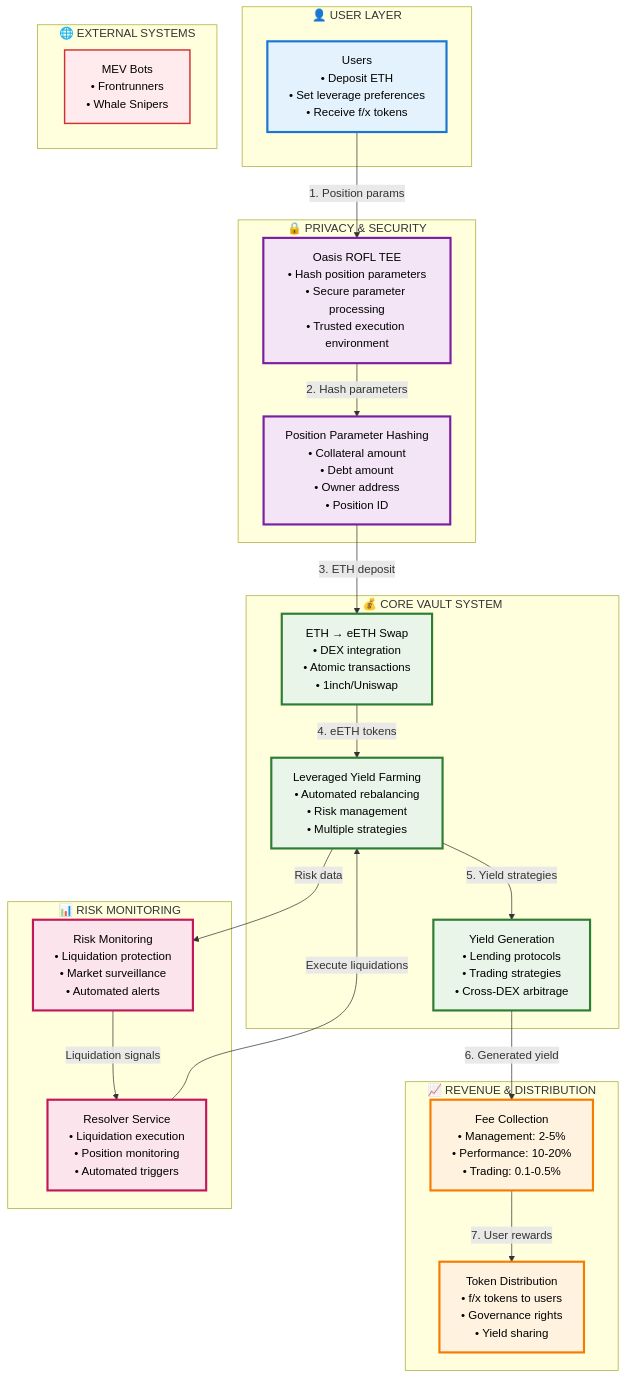
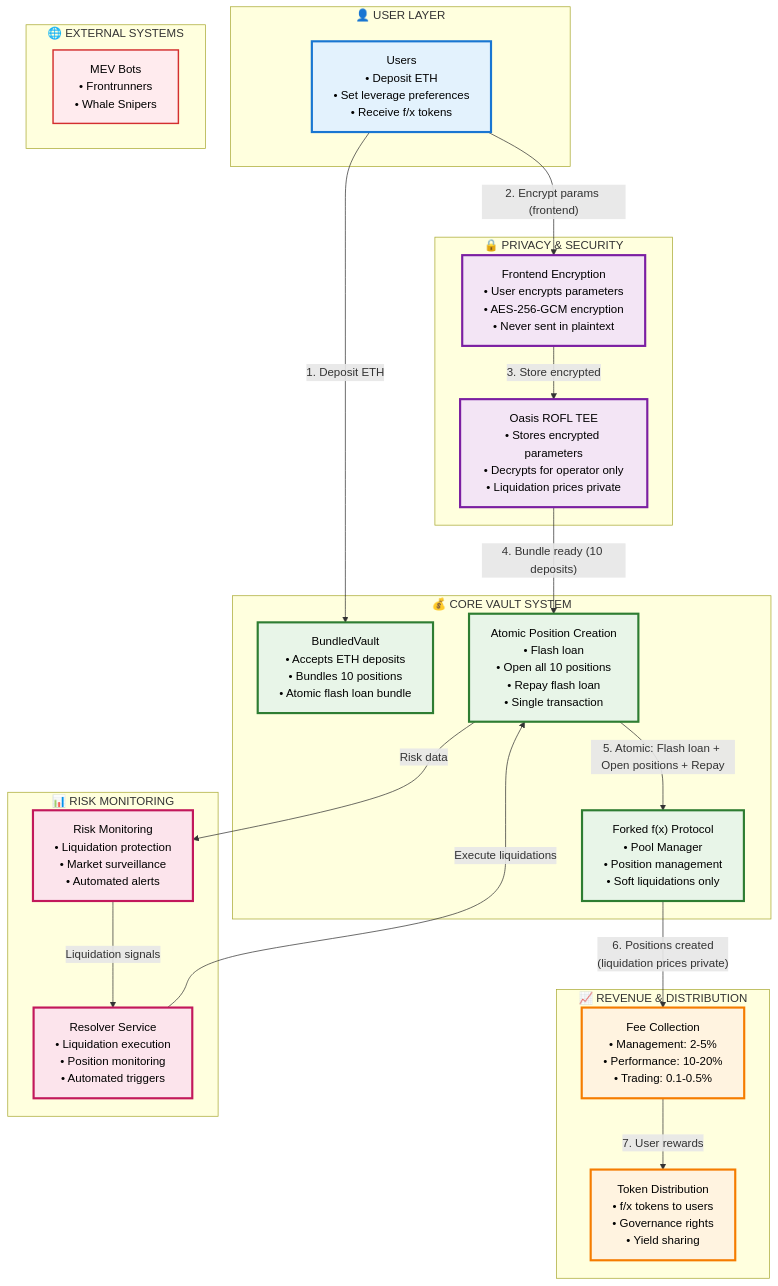
The first of 5 diagrams in mermaid/shadow-splitter-v2.md (arseneeth/shayd), drawn with Mermaid before and after one commit. The commit also changed other lines of this file and 22 other files, not shown here.

````diff
--- a/mermaid/shadow-splitter-v2.md
+++ b/mermaid/shadow-splitter-v2.md
@@ -5,60 +5,60 @@
 ```mermaid
 graph TB
     subgraph USER["👤 USER LAYER"]
         A["Users<br/>• Deposit ETH<br/>• Set leverage preferences<br/>• Receive f/x tokens"]
     end
     
     subgraph PRIVACY["🔒 PRIVACY & SECURITY"]
-        B["Oasis ROFL TEE<br/>• Hash position parameters<br/>• Secure parameter processing<br/>• Trusted execution environment"]
-        C["Position Parameter Hashing<br/>• Collateral amount<br/>• Debt amount<br/>• Owner address<br/>• Position ID"]
+        B["Frontend Encryption<br/>• User encrypts parameters<br/>• AES-256-GCM encryption<br/>• Never sent in plaintext"]
+        C["Oasis ROFL TEE<br/>• Stores encrypted parameters<br/>• Decrypts for operator only<br/>• Liquidation prices private"]
     end
     
     subgraph CORE["💰 CORE VAULT SYSTEM"]
-        D["ETH → eETH Swap<br/>• DEX integration<br/>• Atomic transactions<br/>• 1inch/Uniswap"]
-        E["Leveraged Yield Farming<br/>• Automated rebalancing<br/>• Risk management<br/>• Multiple strategies"]
-        F["Yield Generation<br/>• Lending protocols<br/>• Trading strategies<br/>• Cross-DEX arbitrage"]
+        D["BundledVault<br/>• Accepts ETH deposits<br/>• Bundles 10 positions<br/>• Atomic flash loan bundle"]
+        E["Atomic Position Creation<br/>• Flash loan<br/>• Open all 10 positions<br/>• Repay flash loan<br/>• Single transaction"]
+        F["Forked f(x) Protocol<br/>• Pool Manager<br/>• Position management<br/>• Soft liquidations only"]
     end
     
     subgraph REVENUE["📈 REVENUE & DISTRIBUTION"]
         G["Fee Collection<br/>• Management: 2-5%<br/>• Performance: 10-20%<br/>• Trading: 0.1-0.5%"]
         H["Token Distribution<br/>• f/x tokens to users<br/>• Governance rights<br/>• Yield sharing"]
     end
     
     subgraph MONITORING["📊 RISK MONITORING"]
         I["Risk Monitoring<br/>• Liquidation protection<br/>• Market surveillance<br/>• Automated alerts"]
         R["Resolver Service<br/>• Liquidation execution<br/>• Position monitoring<br/>• Automated triggers"]
     end
     
     subgraph EXTERNAL["🌐 EXTERNAL SYSTEMS"]
         K["MEV Bots<br/>• Frontrunners<br/>• Whale Snipers"]
     end
     
     %% Main flow
-    A -->|"1. Position params"| B
-    B -->|"2. Hash parameters"| C
-    C -->|"3. ETH deposit"| D
-    D -->|"4. eETH tokens"| E
-    E -->|"5. Yield strategies"| F
-    F -->|"6. Generated yield"| G
+    A -->|"1. Deposit ETH"| D
+    A -->|"2. Encrypt params (frontend)"| B
+    B -->|"3. Store encrypted"| C
+    C -->|"4. Bundle ready (10 deposits)"| E
+    E -->|"5. Atomic: Flash loan + Open positions + Repay"| F
+    F -->|"6. Positions created<br/>(liquidation prices private)"| G
     G -->|"7. User rewards"| H
     
     %% Risk management loop
     E -->|"Risk data"| I
     I -->|"Liquidation signals"| R
     R -->|"Execute liquidations"| E
     
     %% Styling
     classDef userStyle fill:#e3f2fd,stroke:#1976d2,stroke-width:3px,color:#000
     classDef privacyStyle fill:#f3e5f5,stroke:#7b1fa2,stroke-width:3px,color:#000
     classDef coreStyle fill:#e8f5e8,stroke:#2e7d32,stroke-width:3px,color:#000
     classDef revenueStyle fill:#fff3e0,stroke:#f57c00,stroke-width:3px,color:#000
     classDef monitoringStyle fill:#fce4ec,stroke:#c2185b,stroke-width:3px,color:#000
     classDef externalStyle fill:#ffebee,stroke:#d32f2f,stroke-width:2px,color:#000
     
     class A userStyle
     class B,C privacyStyle
     class D,E,F coreStyle
     class G,H revenueStyle
     class I,R monitoringStyle
     class K externalStyle
 ```
````
